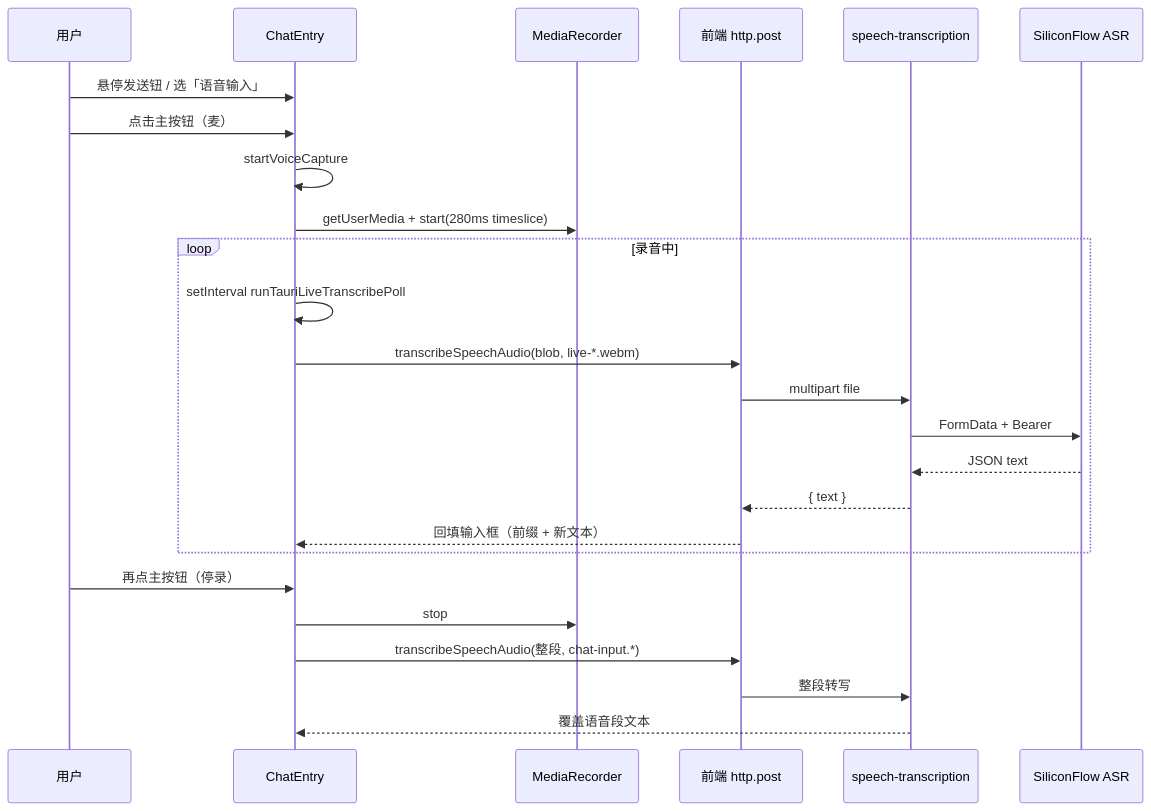
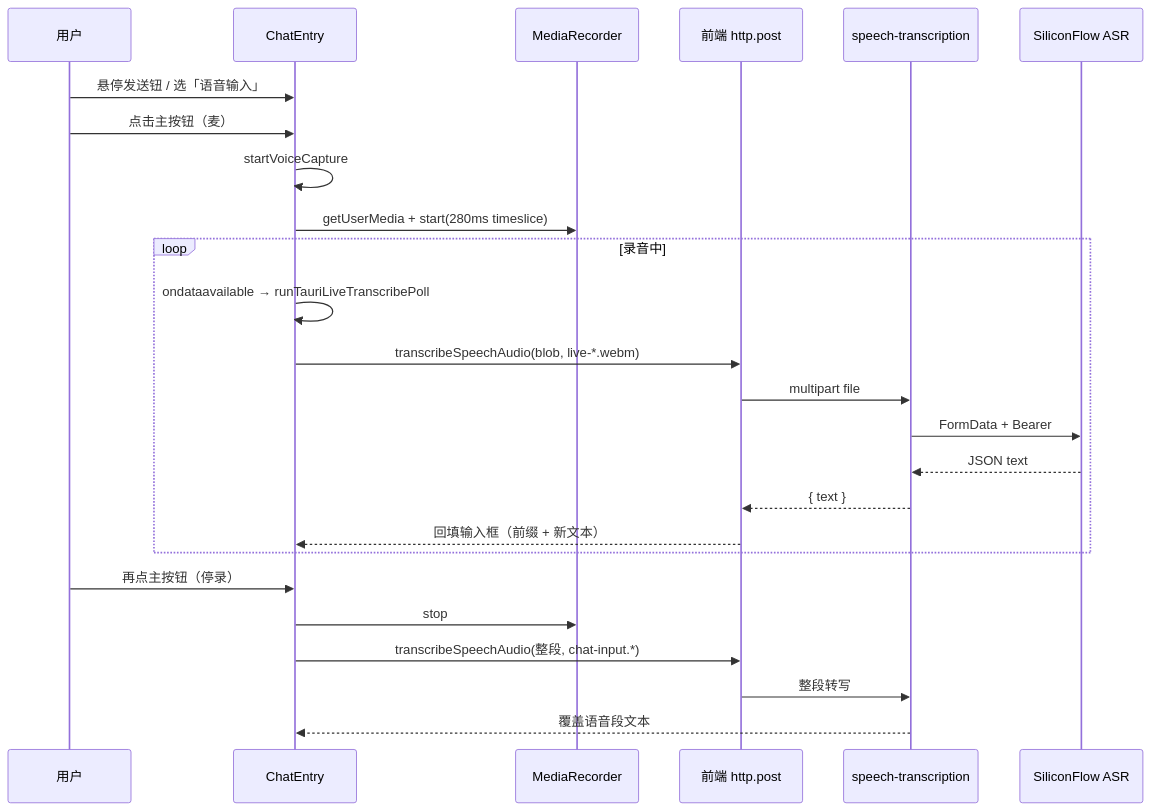
Before and after one commit to dnhyxc/dnhyxc-ai: the diagram in docs/frontend/voice-input-implementation.md, drawn with Mermaid. The commit also changed other lines of this file and 2 other files, not shown here.

````diff
--- a/docs/frontend/voice-input-implementation.md
+++ b/docs/frontend/voice-input-implementation.md
@@ -22,28 +22,28 @@
 ```mermaid
 sequenceDiagram
 	participant U as 用户
 	participant CE as ChatEntry
 	participant MR as MediaRecorder
 	participant API as 前端 http.post
 	participant BE as speech-transcription
 	participant SF as SiliconFlow ASR
 
 	U->>CE: 悬停发送钮 / 选「语音输入」
 	U->>CE: 点击主按钮（麦）
 	CE->>CE: startVoiceCapture
 	CE->>MR: getUserMedia + start(280ms timeslice)
 	loop 录音中
-		CE->>CE: setInterval runTauriLiveTranscribePoll
+		CE->>CE: ondataavailable → runTauriLiveTranscribePoll
 		CE->>API: transcribeSpeechAudio(blob, live-*.webm)
 		API->>BE: multipart file
 		BE->>SF: FormData + Bearer
 		SF-->>BE: JSON text
 		BE-->>API: { text }
 		API-->>CE: 回填输入框（前缀 + 新文本）
 	end
 	U->>CE: 再点主按钮（停录）
 	CE->>MR: stop
 	CE->>API: transcribeSpeechAudio(整段, chat-input.*)
 	API->>BE: 整段转写
 	BE-->>CE: 覆盖语音段文本
 ```
````
